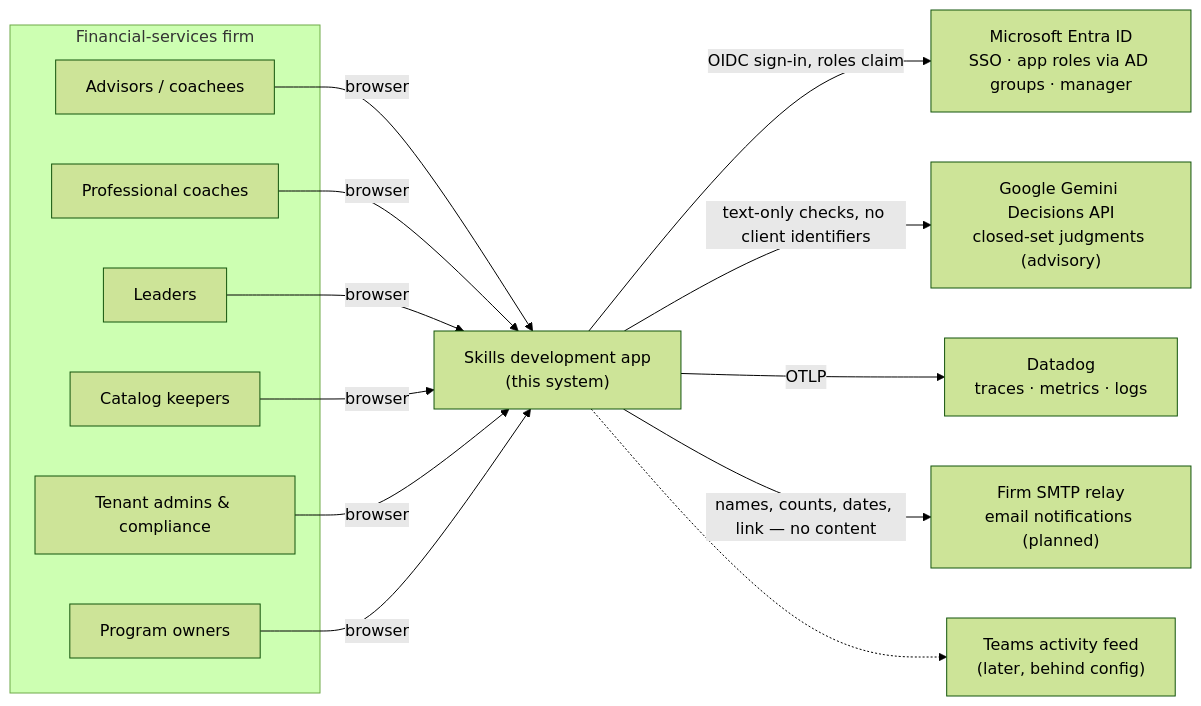
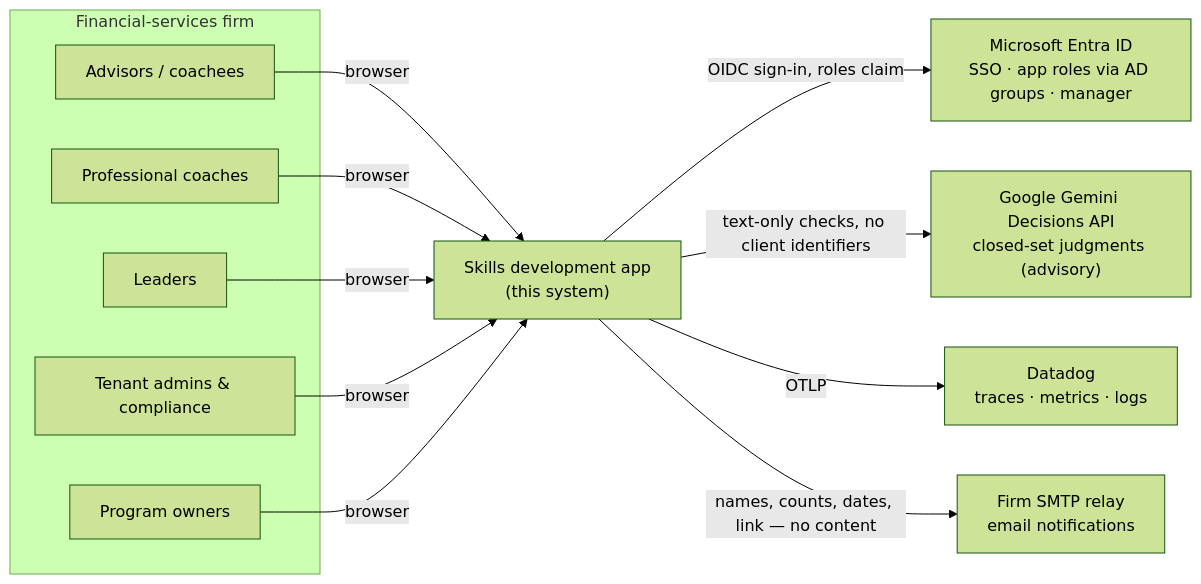
One commit to brandonbryant12/project-x changed the first of 9 diagrams in docs/architecture/overview.md. Above: the diagram before and after it, drawn with Mermaid (forest theme). The commit also changed other lines of this file and 16 other files, not shown here.

````diff
--- a/docs/architecture/overview.md
+++ b/docs/architecture/overview.md
@@ -9,24 +9,21 @@
 ```mermaid
 flowchart LR
   subgraph Firm["Financial-services firm"]
     adv["Advisors / coachees"]
     coach["Professional coaches"]
     lead["Leaders"]
-    keep["Catalog keepers"]
     gov["Tenant admins & compliance"]
     po["Program owners"]
   end
   app["Skills development app<br/>(this system)"]
   entra["Microsoft Entra ID<br/>SSO · app roles via AD groups · manager"]
   gemini["Google Gemini Decisions API<br/>closed-set judgments (advisory)"]
   dd["Datadog<br/>traces · metrics · logs"]
-  mail["Firm SMTP relay<br/>email notifications (planned)"]
-  teams["Teams activity feed<br/>(later, behind config)"]
+  mail["Firm SMTP relay<br/>email notifications"]
 
-  adv & coach & lead & keep & gov & po -->|browser| app
+  adv & coach & lead & gov & po -->|browser| app
   app -->|OIDC sign-in, roles claim| entra
   app -->|text-only checks, no client identifiers| gemini
   app -->|OTLP| dd
   app -->|names, counts, dates, link — no content| mail
-  app -.-> teams
 ```
````
